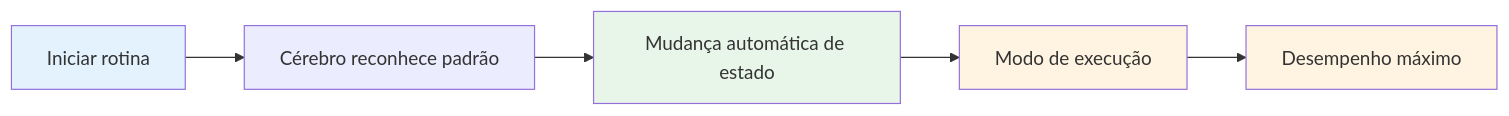
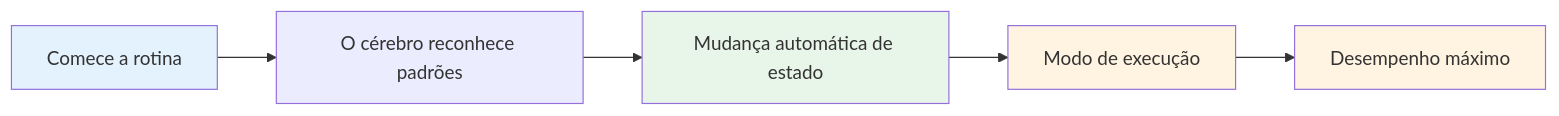
The diagram in docs/pt/education/mental-strength/pre-shot-routine.md (patwii/petanque-academy), drawn with Mermaid before and after one commit. The commit also changed other lines of this file and 532 other files, not shown here.

````diff
--- a/docs/pt/education/mental-strength/pre-shot-routine.md
+++ b/docs/pt/education/mental-strength/pre-shot-routine.md
@@ -11,12 +11,12 @@
 ```mermaid
 graph LR
-    A[Iniciar rotina] --> B[Cérebro reconhece padrão]
+    A[Comece a rotina] --> B[O cérebro reconhece padrões]
     B --> C[Mudança automática de estado]
     C --> D[Modo de execução]
     D --> E[Desempenho máximo]
 
     style A fill:#e3f2fd
     style C fill:#e8f5e9
     style D fill:#fff4e1
     style E fill:#fff4e1
 ```
````
